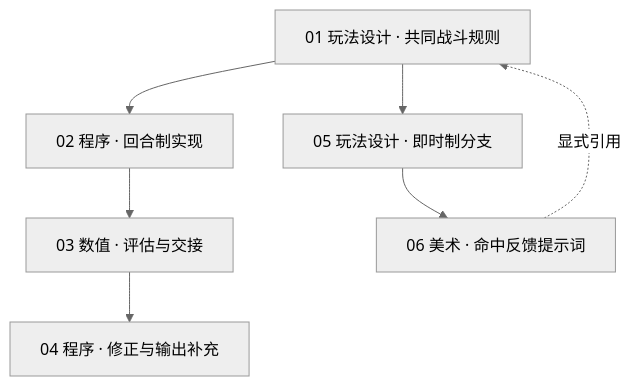
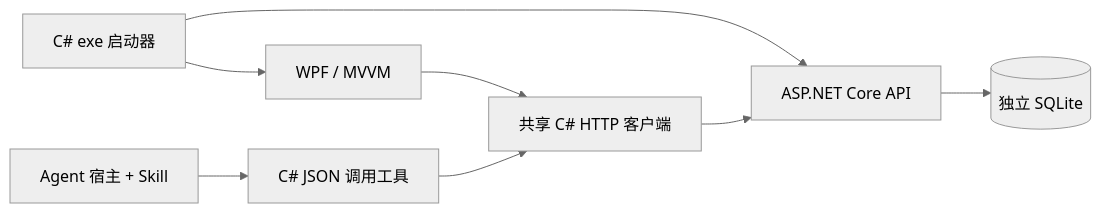
One commit to jayhuangsci/HabitTracker changed the second of 3 diagrams in README.md. Above: the diagram before and after it, drawn with Mermaid (neutral theme). The commit also changed other lines of this file, not shown here.

````diff
--- a/README.md
+++ b/README.md
@@ -45,9 +176,10 @@
 ```mermaid
-flowchart TD
-    A["01 玩法设计 · 共同战斗规则"] --> B["02 程序 · 回合制实现"]
-    B --> C["03 数值 · 评估与交接"]
-    C --> D["04 程序 · 修正与输出补充"]
-    A --> E["05 玩法设计 · 即时制分支"]
-    E --> F["06 美术 · 命中反馈提示词"]
-    F -. "显式引用" .-> A
+flowchart LR
+    Launcher["C# exe 启动器"] --> WPF["WPF / MVVM"]
+    Launcher --> API["ASP.NET Core API"]
+    WPF --> Client["共享 C# HTTP 客户端"]
+    Agent["Agent 宿主 + Skill"] --> Tools["C# JSON 调用工具"]
+    Tools --> Client
+    Client --> API
+    API --> DB[("独立 SQLite")]
 ```
````
